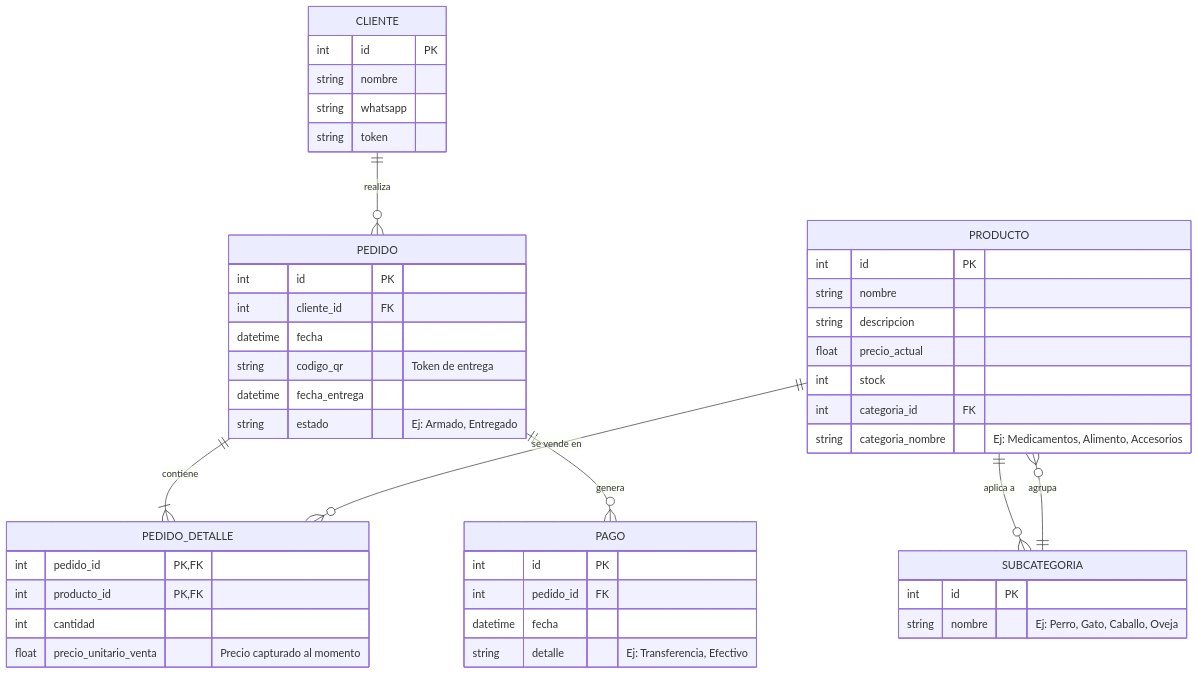
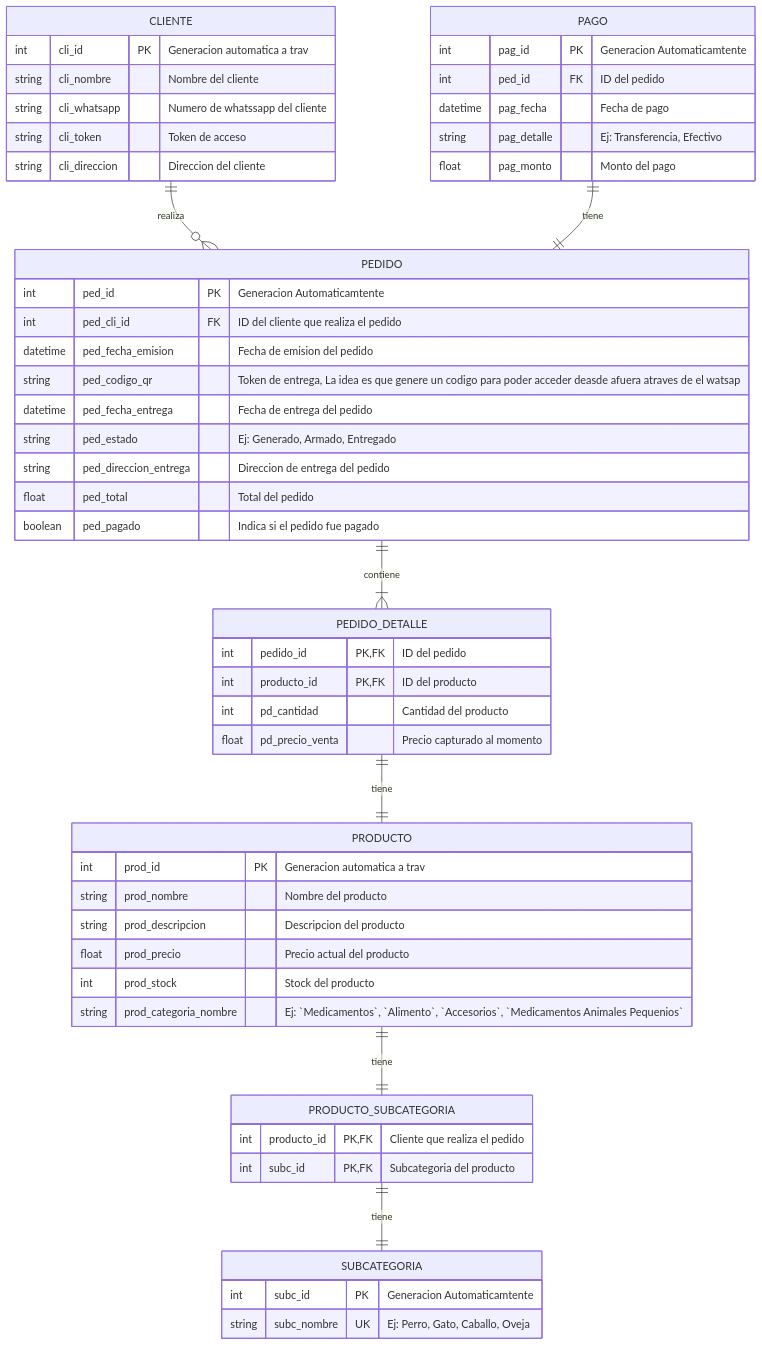
Before and after one commit to NorthCodeUY/vet-core: the diagram in README.md, drawn with Mermaid. The commit also changed other lines of this file and 187 other files, not shown here.

````diff
--- a/README.md
+++ b/README.md
@@ -152,55 +53,65 @@
 ```mermaid
 erDiagram
     %% Relaciones principales
     CLIENTE ||--o{ PEDIDO : "realiza"
     PEDIDO ||--|{ PEDIDO_DETALLE : "contiene"
-    PRODUCTO ||--o{ PEDIDO_DETALLE : "se vende en"
-    PRODUCTO ||--o{ SUBCATEGORIA : "aplica a"
-    PEDIDO ||--o{ PAGO : "genera"
-    SUBCATEGORIA ||--o{ PRODUCTO : "agrupa"
+    PEDIDO_DETALLE ||--|| PRODUCTO : "tiene"
+    PRODUCTO ||--|| PRODUCTO_SUBCATEGORIA : "tiene"
+    PRODUCTO_SUBCATEGORIA ||--|| SUBCATEGORIA : "tiene"
+    PAGO ||--|| PEDIDO : "tiene"
+    
 
     CLIENTE {
-        int id PK
-        string nombre
-        string whatsapp
-        string token
+        int cli_id PK " Generacion automatica a trav"
+        string cli_nombre "Nombre del cliente"
+        string cli_whatsapp "Numero de whatssapp del cliente"
+        string cli_token "Token de acceso"
+        string cli_direccion "Direccion del cliente"
     }
 
     PRODUCTO {
-        int id PK
-        string nombre
-        string descripcion
-        float precio_actual
-        int stock
-        int categoria_id FK
-        string categoria_nombre "Ej: Medicamentos, Alimento, Accesorios"
+        int prod_id PK "Generacion automatica a trav"
+        string prod_nombre "Nombre del producto"
+        string prod_descripcion "Descripcion del producto"
+        float prod_precio "Precio actual del producto"
+        int prod_stock "Stock del producto"
+        string prod_categoria_nombre "Ej: `Medicamentos`, `Alimento`, `Accesorios`, `Medicamentos Animales Pequenios`"
+    }
+
+    PRODUCTO_SUBCATEGORIA {
+        int producto_id PK, FK "Cliente que realiza el pedido"
+        int subc_id PK, FK "Subcategoria del producto"
     }
 
     SUBCATEGORIA {
-        int id PK
-        string nombre "Ej: Perro, Gato, Caballo, Oveja"
+        int subc_id PK "Generacion Automaticamtente"
+        string subc_nombre UK "Ej: Perro, Gato, Caballo, Oveja"
     }
 
     PEDIDO {
-        int id PK
-        int cliente_id FK
-        datetime fecha
-        string codigo_qr "Token de entrega"
-        datetime fecha_entrega
-        string estado "Ej: Armado, Entregado"
+        int ped_id PK "Generacion Automaticamtente"
+        int ped_cli_id FK "ID del cliente que realiza el pedido"
+        datetime ped_fecha_emision "Fecha de emision del pedido"
+        string ped_codigo_qr "Token de entrega, La idea es que genere un codigo para poder acceder deasde afuera atraves de el watsap"
+        datetime ped_fecha_entrega "Fecha de entrega del pedido"
+        string ped_estado "Ej: Generado, Armado, Entregado"
+        string ped_direccion_entrega "Direccion de entrega del pedido"
+        float ped_total "Total del pedido"
+        boolean ped_pagado "Indica si el pedido fue pagado"
     }
 
     PEDIDO_DETALLE {
-        int pedido_id PK, FK
-        int producto_id PK, FK
-        int cantidad
-        float precio_unitario_venta "Precio capturado al momento"
+        int pedido_id PK, FK "ID del pedido"
+        int producto_id PK, FK "ID del producto"
+        int pd_cantidad "Cantidad del producto"
+        float pd_precio_venta "Precio capturado al momento"
     }
 
     PAGO {
-        int id PK
-        int pedido_id FK
-        datetime fecha
-        string detalle "Ej: Transferencia, Efectivo"
+        int pag_id PK "Generacion Automaticamtente"
+        int ped_id FK "ID del pedido"
+        datetime pag_fecha "Fecha de pago"
+        string pag_detalle "Ej: Transferencia, Efectivo"
+        float pag_monto "Monto del pago"
     }
 ```
````
